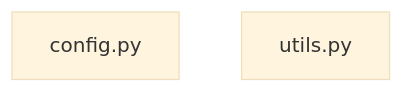
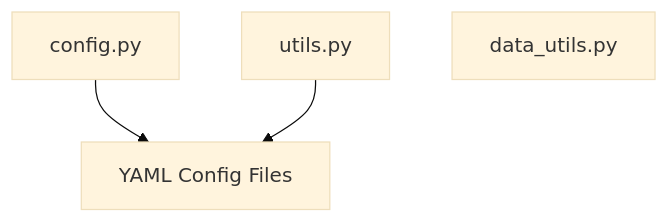
Before and after one commit to Cluckhead/Bang: the fifth of 5 diagrams in Docs/README.md, drawn with Mermaid (base theme). The commit also changed other lines of this file and 2 other files, not shown here.

````diff
--- a/Docs/README.md
+++ b/Docs/README.md
@@ -157,5 +157,9 @@
 ```mermaid
 graph TD
     A[config.py]
     B[utils.py]
+    C[data_utils.py]
+    D[YAML Config Files]
+    A --> D
+    B --> D
 ```
````
